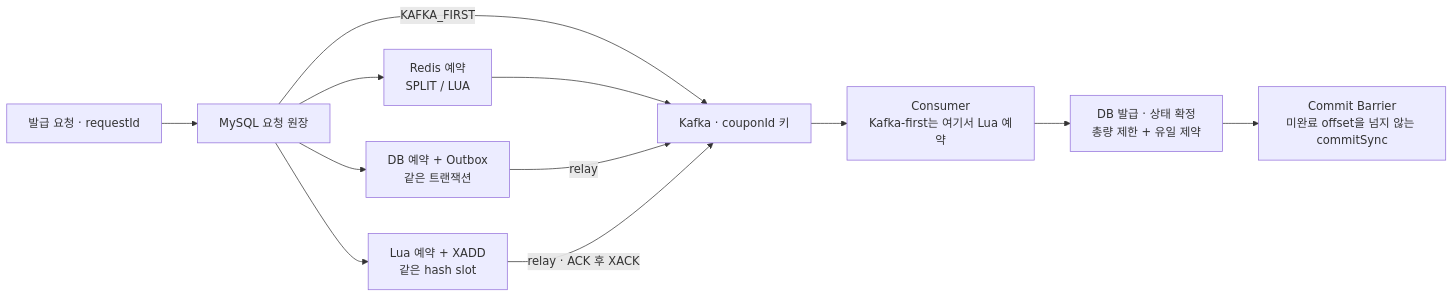
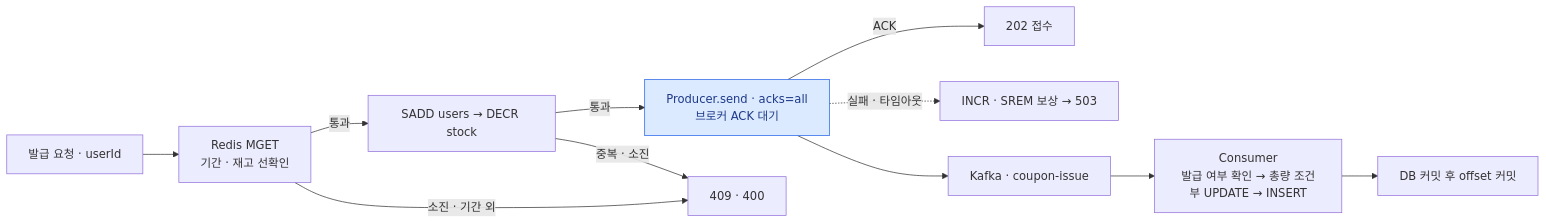
Before and after one commit to joejaeyoung/Project-coupon_rush: the first of 4 diagrams in README.md, drawn with Mermaid. The commit also changed other lines of this file and 417 other files, not shown here.

First line of the commit message:
chore: 4단계를 4-coupon_redisHA_kafka로 교체 — 실험 모듈 제거, 문서 갱신

````diff
--- a/README.md
+++ b/README.md
@@ -32,14 +24,14 @@
 ```mermaid
 flowchart LR
-    A["발급 요청 · requestId"] --> J["MySQL 요청 원장"]
-    J --> R["Redis 예약<br/>SPLIT / LUA"]
-    J --> O["DB 예약 + Outbox<br/>같은 트랜잭션"]
-    J --> S["Lua 예약 + XADD<br/>같은 hash slot"]
-    J -->|"KAFKA_FIRST"| K["Kafka · couponId 키"]
-    R --> K
-    O -->|"relay"| K
-    S -->|"relay · ACK 후 XACK"| K
-    K --> C["Consumer<br/>Kafka-first는 여기서 Lua 예약"]
-    C --> D["DB 발급 · 상태 확정<br/>총량 제한 + 유일 제약"]
-    D --> B["Commit Barrier<br/>미완료 offset을 넘지 않는 commitSync"]
+    A["발급 요청 · userId"] --> M["Redis MGET<br/>기간 · 재고 선확인"]
+    M -->|"통과"| R["SADD users → DECR stock"]
+    R -->|"통과"| P["Producer.send · acks=all<br/>브로커 ACK 대기"]
+    P -->|"ACK"| S["202 접수"]
+    P -.->|"실패 · 타임아웃"| C["INCR · SREM 보상 → 503"]
+    P --> K["Kafka · coupon-issue"]
+    K --> N["Consumer<br/>발급 여부 확인 → 총량 조건부 UPDATE → INSERT"]
+    N --> D["DB 커밋 후 offset 커밋"]
+    M -->|"소진 · 기간 외"| F["409 · 400"]
+    R -->|"중복 · 소진"| F
+    style P fill:#dbeafe,stroke:#2563eb,color:#1e3a8a
 ```
````
